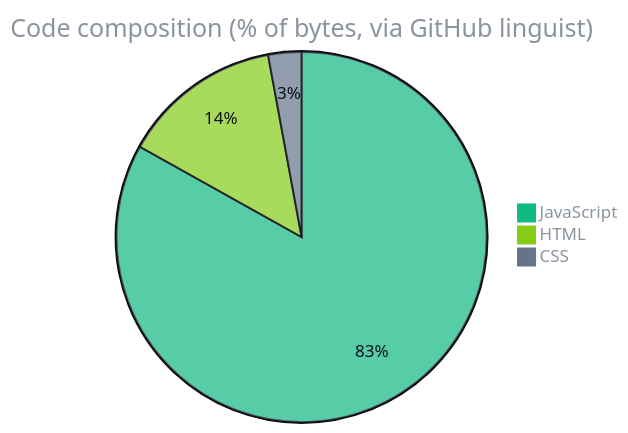
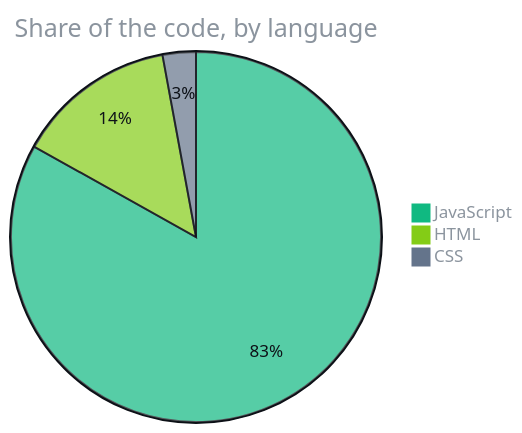
The second of 2 diagrams in README.md (F0rger123/lead-scraper-extension), drawn with Mermaid before and after one commit. The commit also changed other lines of this file and 2 other files, not shown here.

First line of the commit message:
docs: plain-English diagrams and an AI guide for pasted links [skip ci]

````diff
--- a/README.md
+++ b/README.md
@@ -61,7 +58,7 @@
 ```mermaid
 %%{init: {'theme':'base','themeVariables':{'pie1':'#10b981','pie2':'#84cc16','pie3':'#64748b','pie4':'#94a3b8','pie5':'#475569','pie6':'#cbd5e1','pie7':'#334155','pieStrokeColor':'#0d1117','pieOuterStrokeColor':'#0d1117','pieTitleTextColor':'#8b949e','pieLegendTextColor':'#8b949e','pieSectionTextColor':'#0d1117'}}}%%
-pie title Code composition (% of bytes, via GitHub linguist)
+pie title Share of the code, by language
     "JavaScript" : 83.1
     "HTML" : 14.0
     "CSS" : 2.9
 ```
````
